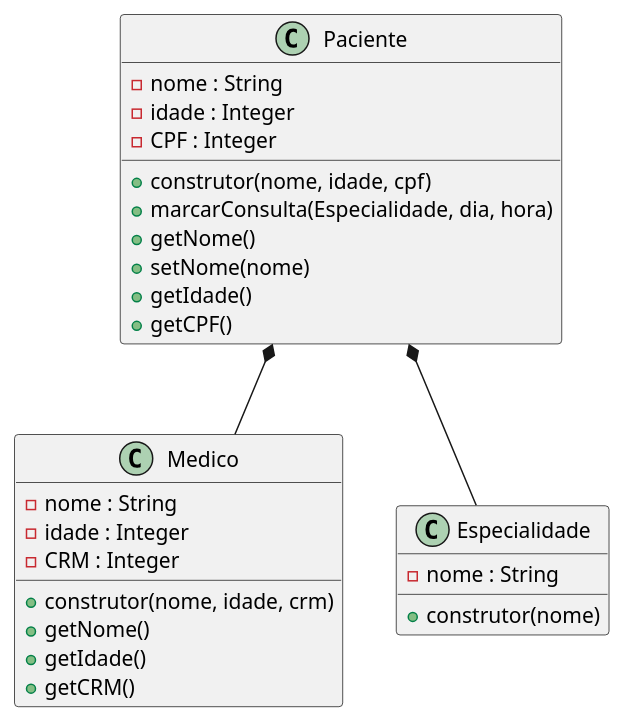
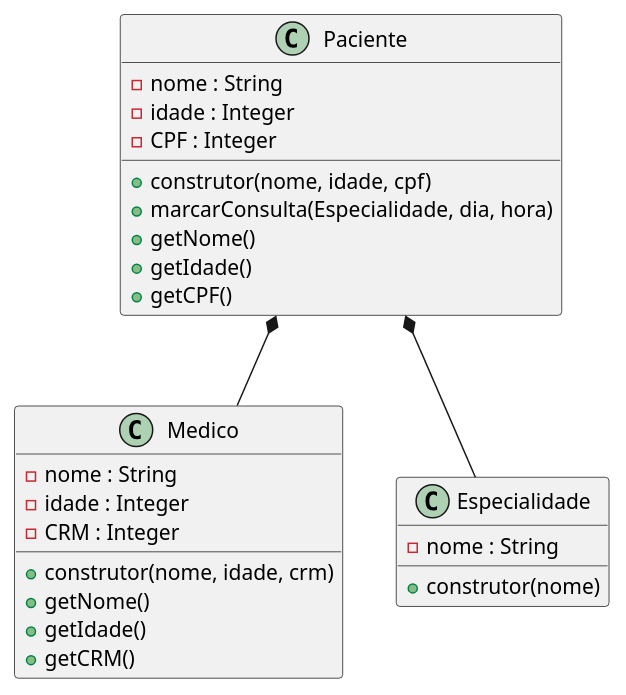
Before and after one commit to anleaes/2022-1-N2-POO-03: the diagram in diagrama.plantuml, drawn with PlantUML.

Commit message:
retirado set nome

```diff
--- a/diagrama.plantuml
+++ b/diagrama.plantuml
@@ -1,33 +1,32 @@
 @startuml Gerenciamento de Exames Medicos
 
     class Paciente{
         - nome : String
         - idade : Integer
         - CPF : Integer
         + construtor(nome, idade, cpf)
         + marcarConsulta(Especialidade, dia, hora)
         + getNome()
-        + setNome(nome)
         + getIdade()
         + getCPF()
     }
 
     class Medico{
         - nome : String
         - idade : Integer
         - CRM : Integer
         + construtor(nome, idade, crm)
         + getNome()
         + getIdade()
         + getCRM()
     }
 
     class Especialidade{
         - nome : String
         + construtor(nome)
     }
 
     Paciente *-- Medico
     Paciente *-- Especialidade
 
 @enduml
```
